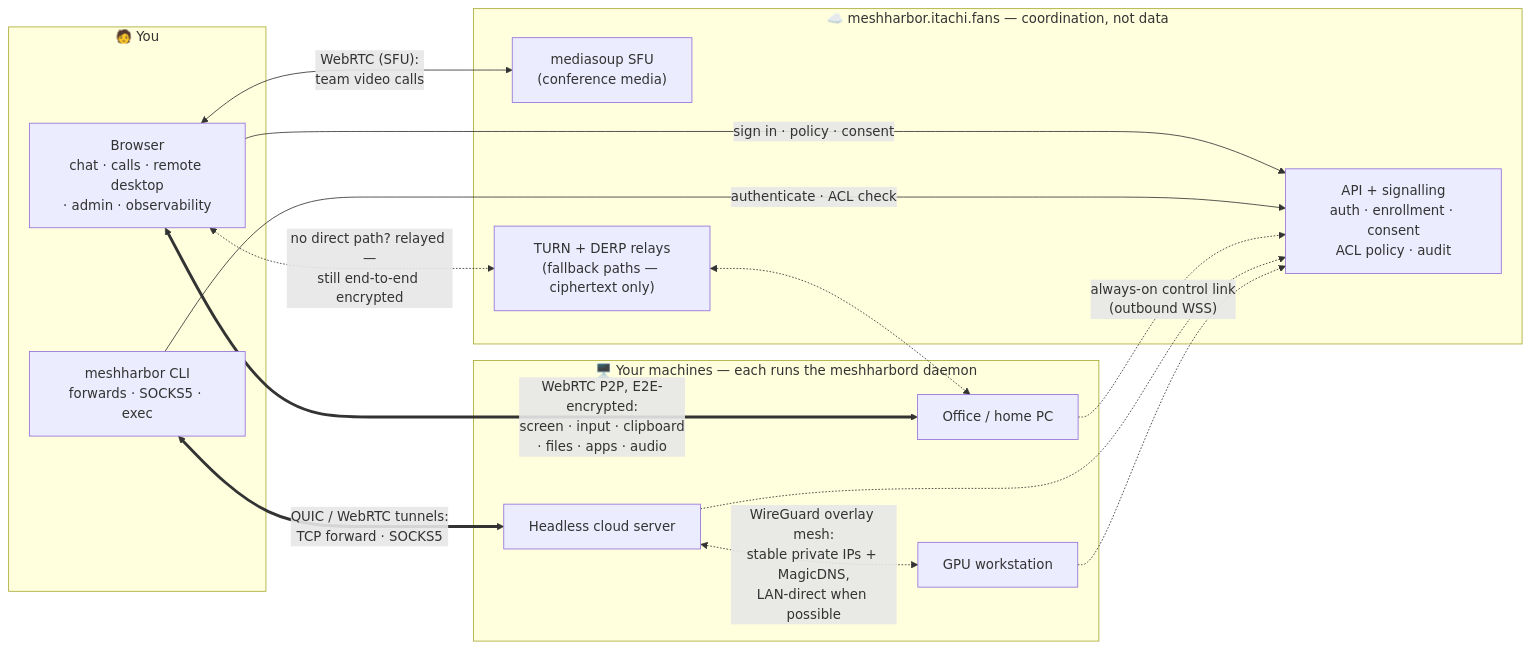
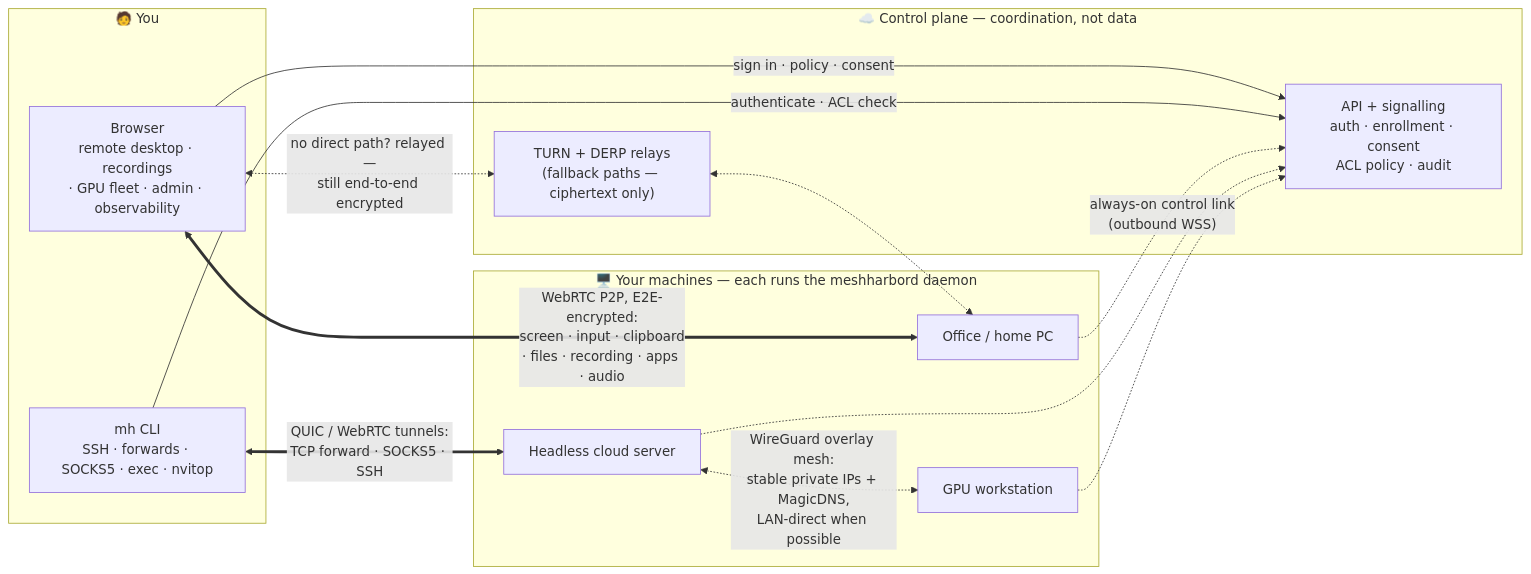
Before and after one commit to jk-zhang-meta/MeshHarbor: the diagram in README.md, drawn with Mermaid. The commit also changed other lines of this file and 6 other files, not shown here.

````diff
--- a/README.md
+++ b/README.md
@@ -222,33 +190,31 @@
 ```mermaid
 flowchart LR
     subgraph you["🧑 You"]
-        B["Browser<br/>chat · calls · remote desktop<br/>· admin · observability"]
-        T["meshharbor CLI<br/>forwards · SOCKS5 · exec"]
+        B["Browser<br/>remote desktop · recordings<br/>· GPU fleet · admin · observability"]
+        T["mh CLI<br/>SSH · forwards · SOCKS5 · exec · nvitop"]
     end
 
-    subgraph cloud["☁️ meshharbor.itachi.fans — coordination, not data"]
+    subgraph cloud["☁️ Control plane — coordination, not data"]
         S["API + signalling<br/>auth · enrollment · consent<br/>ACL policy · audit"]
-        M["mediasoup SFU<br/>(conference media)"]
         R["TURN + DERP relays<br/>(fallback paths — ciphertext only)"]
     end
 
     subgraph fleet["🖥️ Your machines — each runs the meshharbord daemon"]
         A1["Office / home PC"]
         A2["Headless cloud server"]
         A3["GPU workstation"]
     end
 
     B -->|"sign in · policy · consent"| S
     T -->|"authenticate · ACL check"| S
-    B <-->|"WebRTC (SFU):<br/>team video calls"| M
     A1 -.->|"always-on control link<br/>(outbound WSS)"| S
     A2 -.-> S
     A3 -.-> S
 
-    B <==>|"WebRTC P2P, E2E-encrypted:<br/>screen · input · clipboard<br/>· files · apps · audio"| A1
-    T <==>|"QUIC / WebRTC tunnels:<br/>TCP forward · SOCKS5"| A2
+    B <==>|"WebRTC P2P, E2E-encrypted:<br/>screen · input · clipboard<br/>· files · recording · apps · audio"| A1
+    T <==>|"QUIC / WebRTC tunnels:<br/>TCP forward · SOCKS5 · SSH"| A2
     A2 <-.->|"WireGuard overlay mesh:<br/>stable private IPs + MagicDNS,<br/>LAN-direct when possible"| A3
 
     B <-.->|"no direct path? relayed —<br/>still end-to-end encrypted"| R
     R <-.-> A1
 ```
````
